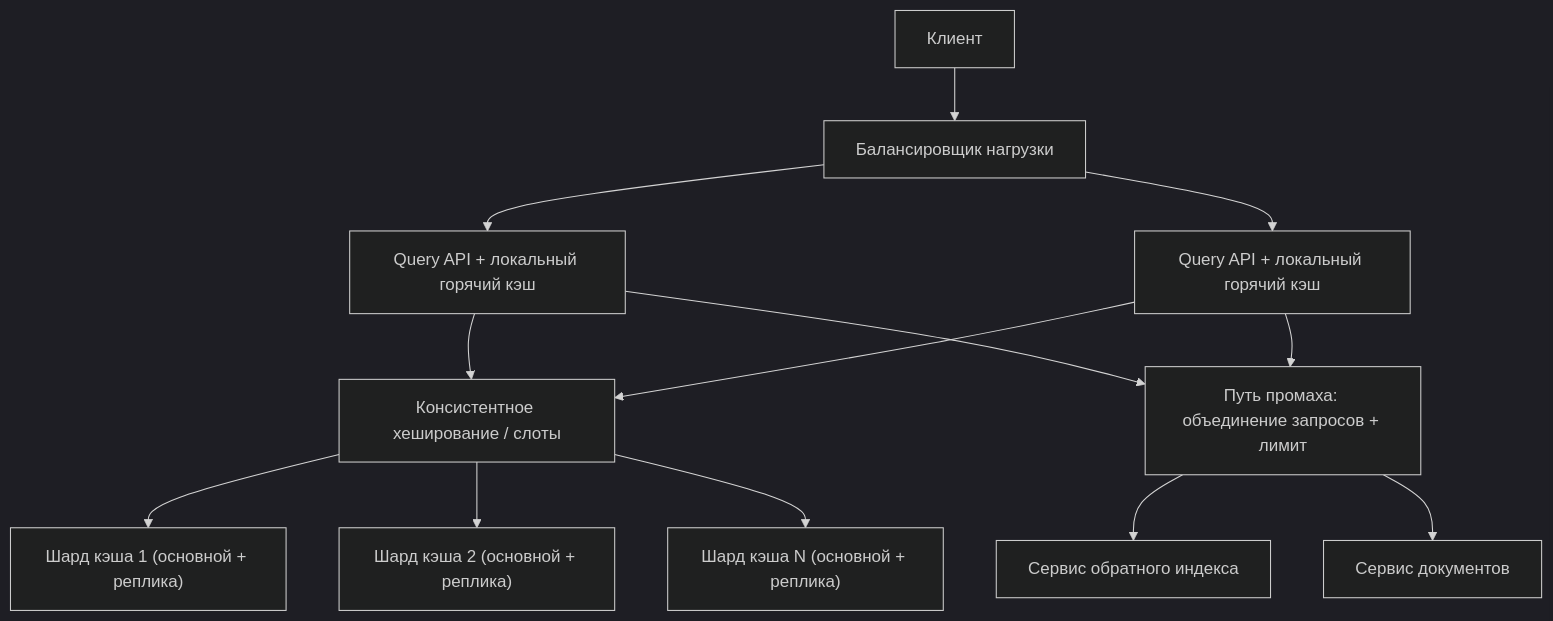
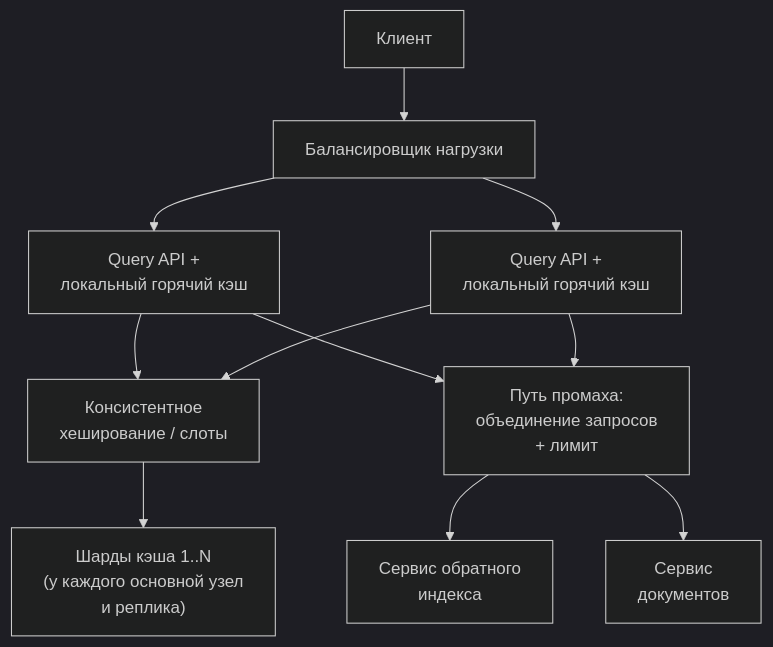
The second of 2 diagrams in src/content/docs/ru/practice/search-query-cache.mdx (butyavk/system-design), drawn with Mermaid (dark theme) before and after one commit. The commit also changed other lines of this file and 144 other files, not shown here.

````diff
--- a/src/content/docs/ru/practice/search-query-cache.mdx
+++ b/src/content/docs/ru/practice/search-query-cache.mdx
@@ -322,13 +322,11 @@
 ```mermaid
 flowchart TD
   client["Клиент"] --> lb["Балансировщик нагрузки"]
-  lb --> q1["Query API + локальный горячий кэш"]
-  lb --> q2["Query API + локальный горячий кэш"]
-  q1 & q2 --> ring["Консистентное хеширование / слоты"]
-  ring --> c1["Шард кэша 1 (основной + реплика)"]
-  ring --> c2["Шард кэша 2 (основной + реплика)"]
-  ring --> cn["Шард кэша N (основной + реплика)"]
-  q1 & q2 --> coal["Путь промаха: объединение запросов + лимит"]
-  coal --> index["Сервис обратного индекса"]
-  coal --> docs["Сервис документов"]
+  lb --> q1["Query API +<br/>локальный горячий кэш"]
+  lb --> q2["Query API +<br/>локальный горячий кэш"]
+  q1 & q2 --> ring["Консистентное<br/>хеширование / слоты"]
+  ring --> shards["Шарды кэша 1..N<br/>(у каждого основной узел<br/>и реплика)"]
+  q1 & q2 --> coal["Путь промаха:<br/>объединение запросов<br/>+ лимит"]
+  coal --> index["Сервис обратного<br/>индекса"]
+  coal --> docs["Сервис<br/>документов"]
 ```
````
